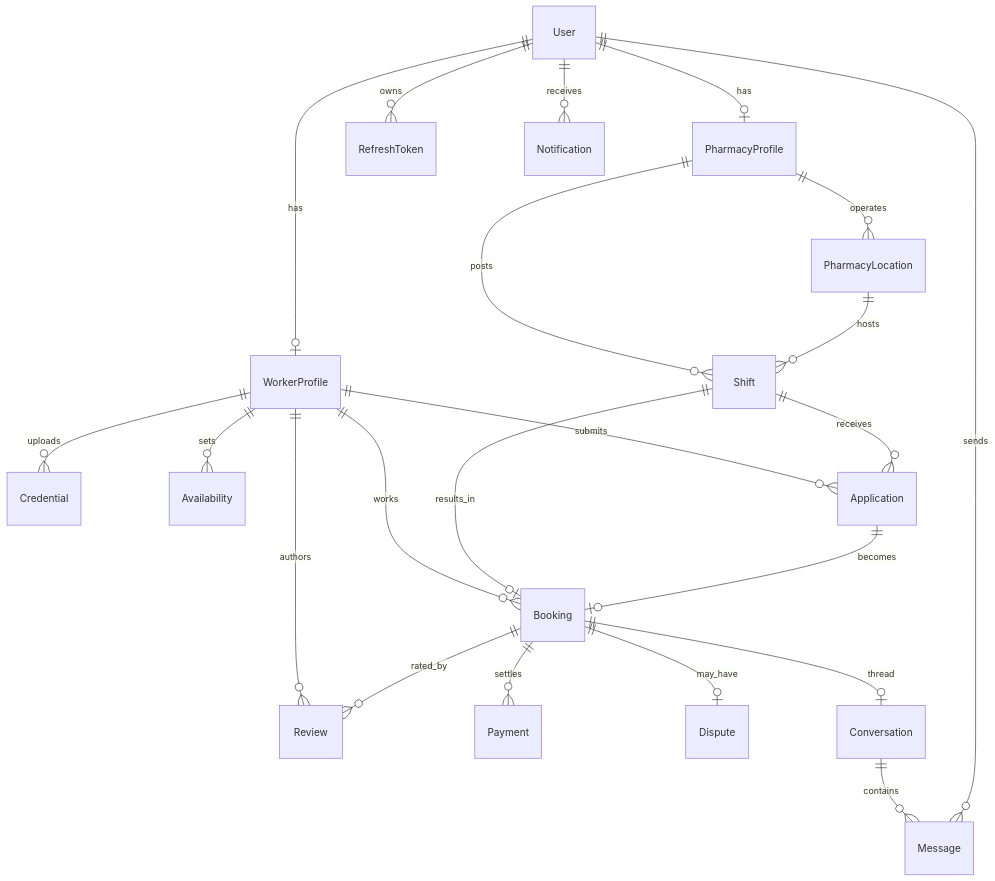
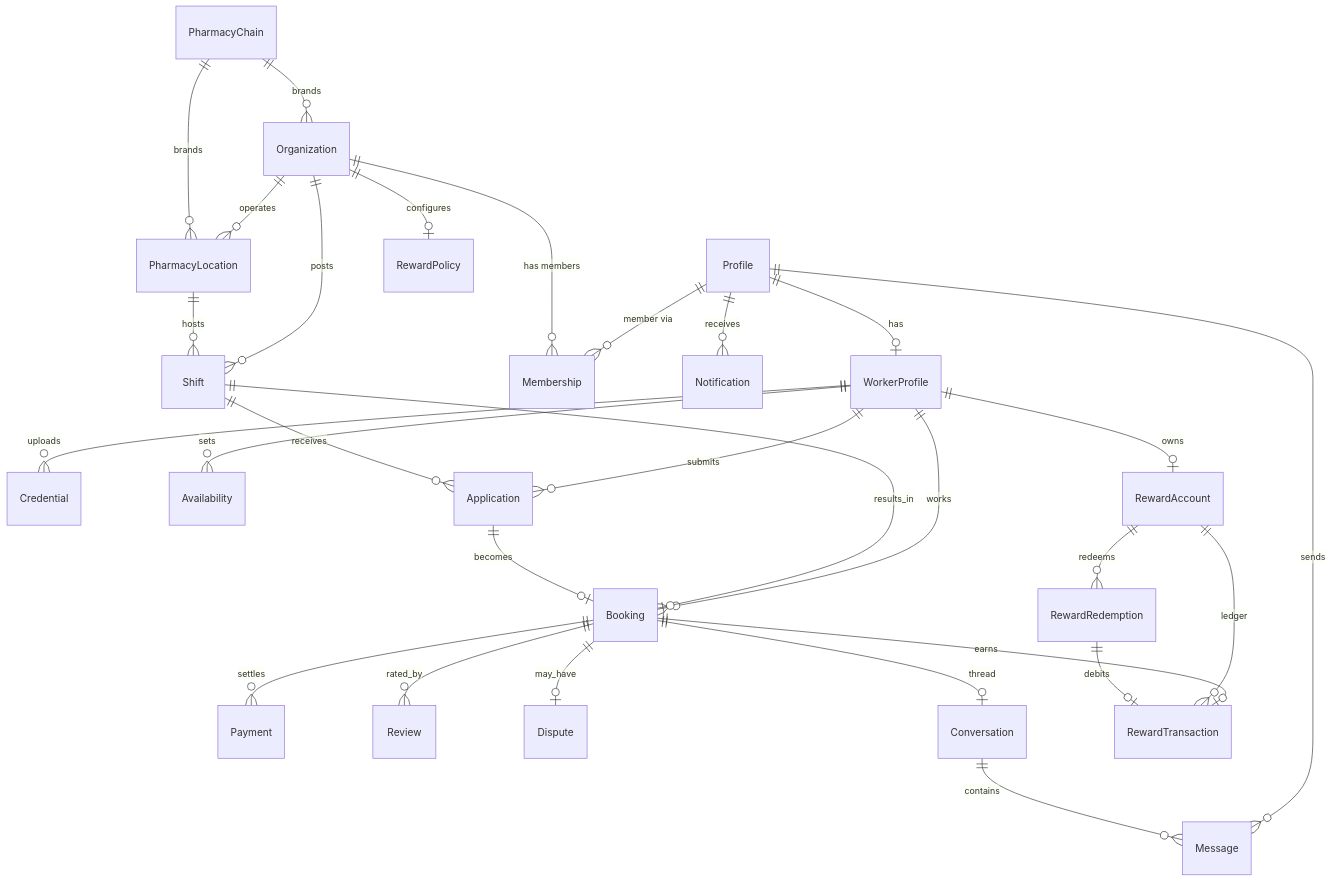
The diagram in docs/ARCHITECTURE.md (ziaArsalan/shiftstarter), drawn with Mermaid before and after one commit. The commit also changed other lines of this file and 5 other files, not shown here.

First line of the commit message:
docs: pivot architecture to Supabase multi-tenant SaaS (ADR-007..012)

````diff
--- a/docs/ARCHITECTURE.md
+++ b/docs/ARCHITECTURE.md
@@ -84,31 +111,36 @@
 ```mermaid
 erDiagram
-    User ||--o| WorkerProfile : has
-    User ||--o| PharmacyProfile : has
-    User ||--o{ RefreshToken : owns
-    User ||--o{ Notification : receives
+    Profile ||--o| WorkerProfile : has
+    Profile ||--o{ Membership : "member via"
+    Profile ||--o{ Notification : receives
+    Profile ||--o{ Message : sends
+
+    Organization ||--o{ Membership : "has members"
+    Organization ||--o{ PharmacyLocation : operates
+    Organization ||--o{ Shift : posts
+    Organization ||--o| RewardPolicy : configures
+    PharmacyChain ||--o{ Organization : brands
+    PharmacyChain ||--o{ PharmacyLocation : brands
 
     WorkerProfile ||--o{ Credential : uploads
     WorkerProfile ||--o{ Availability : sets
     WorkerProfile ||--o{ Application : submits
     WorkerProfile ||--o{ Booking : works
-    WorkerProfile ||--o{ Review : authors
-
-    PharmacyProfile ||--o{ PharmacyLocation : operates
-    PharmacyProfile ||--o{ Shift : posts
+    WorkerProfile ||--o| RewardAccount : owns
 
     PharmacyLocation ||--o{ Shift : hosts
-
     Shift ||--o{ Application : receives
     Shift ||--o| Booking : results_in
-
     Application ||--o| Booking : becomes
 
     Booking ||--o{ Payment : settles
     Booking ||--o{ Review : rated_by
     Booking ||--o| Dispute : may_have
     Booking ||--o| Conversation : thread
+    Booking ||--o| RewardTransaction : earns
+    Conversation ||--o{ Message : contains
 
-    Conversation ||--o{ Message : contains
-    User ||--o{ Message : sends
+    RewardAccount ||--o{ RewardTransaction : ledger
+    RewardAccount ||--o{ RewardRedemption : redeems
+    RewardRedemption ||--o| RewardTransaction : debits
 ```
````
